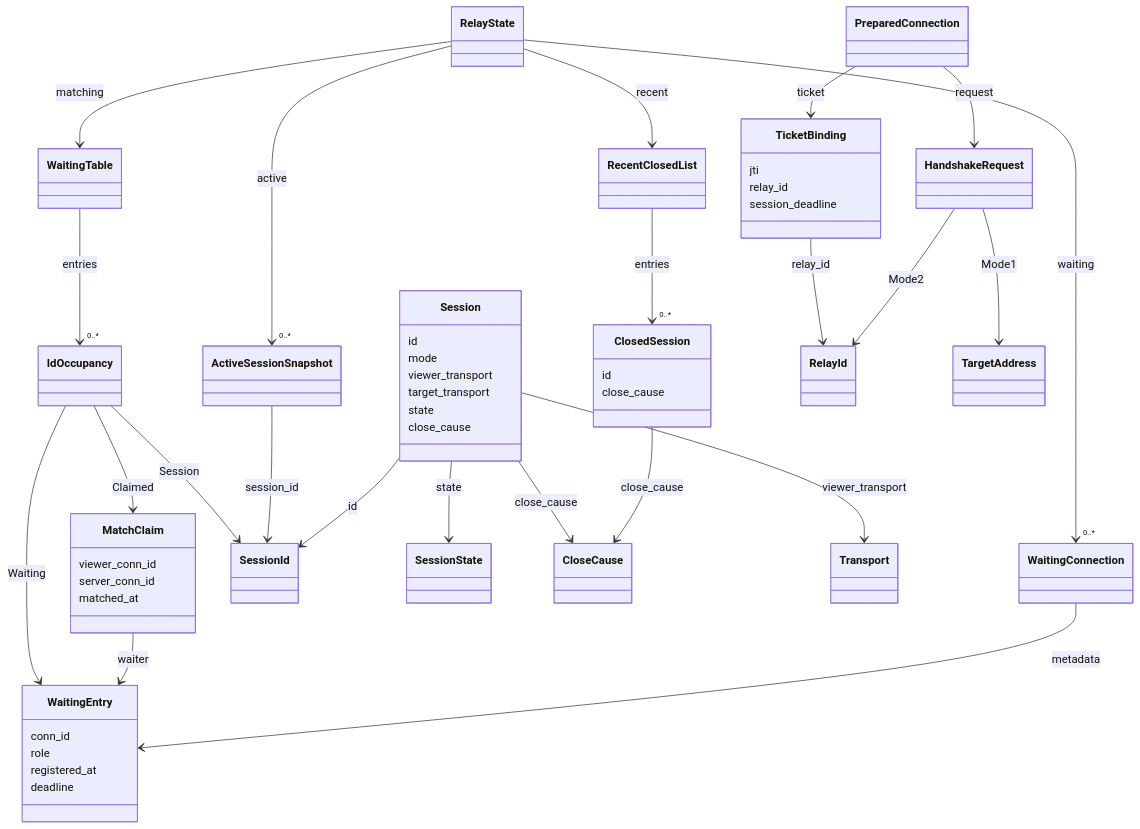
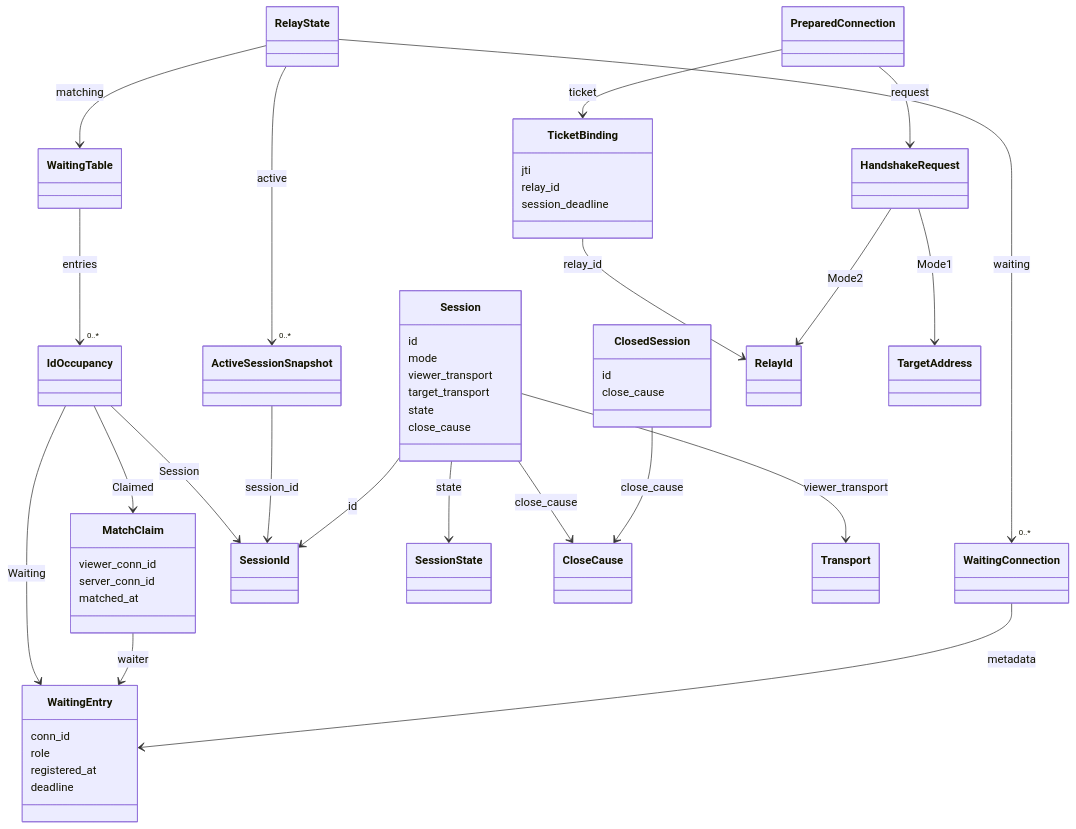
The diagram in docs/architectures/domain-model.md (kayden-kim/vnc-relay), drawn with Mermaid before and after one commit. The commit also changed other lines of this file, not shown here.

First line of the commit message:
docs(architectures): limit the domain model to the chosen relay core scope

````diff
--- a/docs/architectures/domain-model.md
+++ b/docs/architectures/domain-model.md
@@ -27,61 +27,58 @@
 ```mermaid
 classDiagram
     class RelayState
     class WaitingTable
     class IdOccupancy
     class WaitingEntry {
         conn_id
         role
         registered_at
         deadline
     }
     class MatchClaim {
         viewer_conn_id
         server_conn_id
         matched_at
     }
     class WaitingConnection
     class ActiveSessionSnapshot
     class Session {
         id
         mode
         viewer_transport
         target_transport
         state
         close_cause
     }
     class ClosedSession {
         id
         close_cause
     }
-    class RecentClosedList
     class PreparedConnection
     class HandshakeRequest
     class TicketBinding {
         jti
         relay_id
         session_deadline
     }
     RelayState --> WaitingTable : matching
     RelayState --> "0..*" WaitingConnection : waiting
     RelayState --> "0..*" ActiveSessionSnapshot : active
-    RelayState --> RecentClosedList : recent
     WaitingTable --> "0..*" IdOccupancy : entries
     IdOccupancy --> WaitingEntry : Waiting
     IdOccupancy --> MatchClaim : Claimed
     IdOccupancy --> SessionId : Session
     MatchClaim --> WaitingEntry : waiter
     WaitingConnection --> WaitingEntry : metadata
     ActiveSessionSnapshot --> SessionId : session_id
     Session --> SessionId : id
     Session --> SessionState : state
     Session --> CloseCause : close_cause
     Session --> Transport : viewer_transport
-    RecentClosedList --> "0..*" ClosedSession : entries
     ClosedSession --> CloseCause : close_cause
     PreparedConnection --> HandshakeRequest : request
     PreparedConnection --> TicketBinding : ticket
     TicketBinding --> RelayId : relay_id
     HandshakeRequest --> RelayId : Mode2
     HandshakeRequest --> TargetAddress : Mode1
 ```
````
